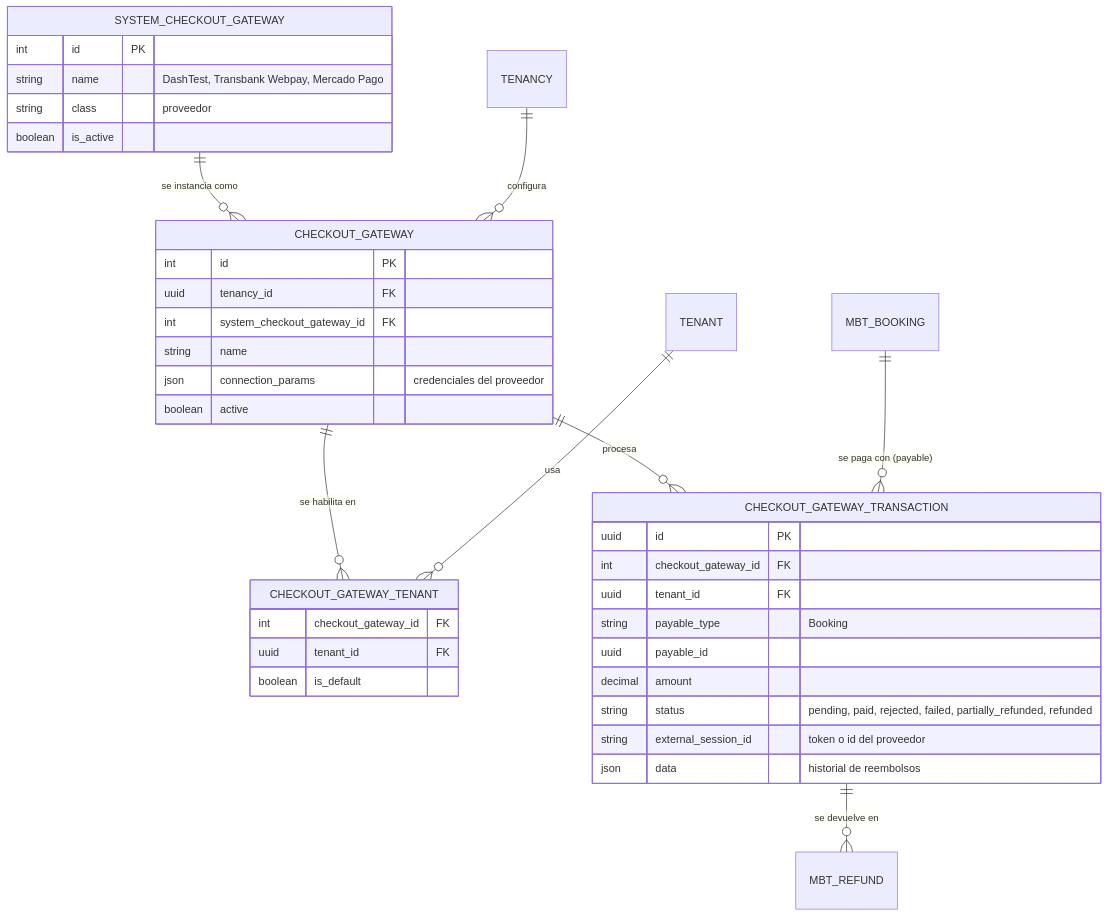
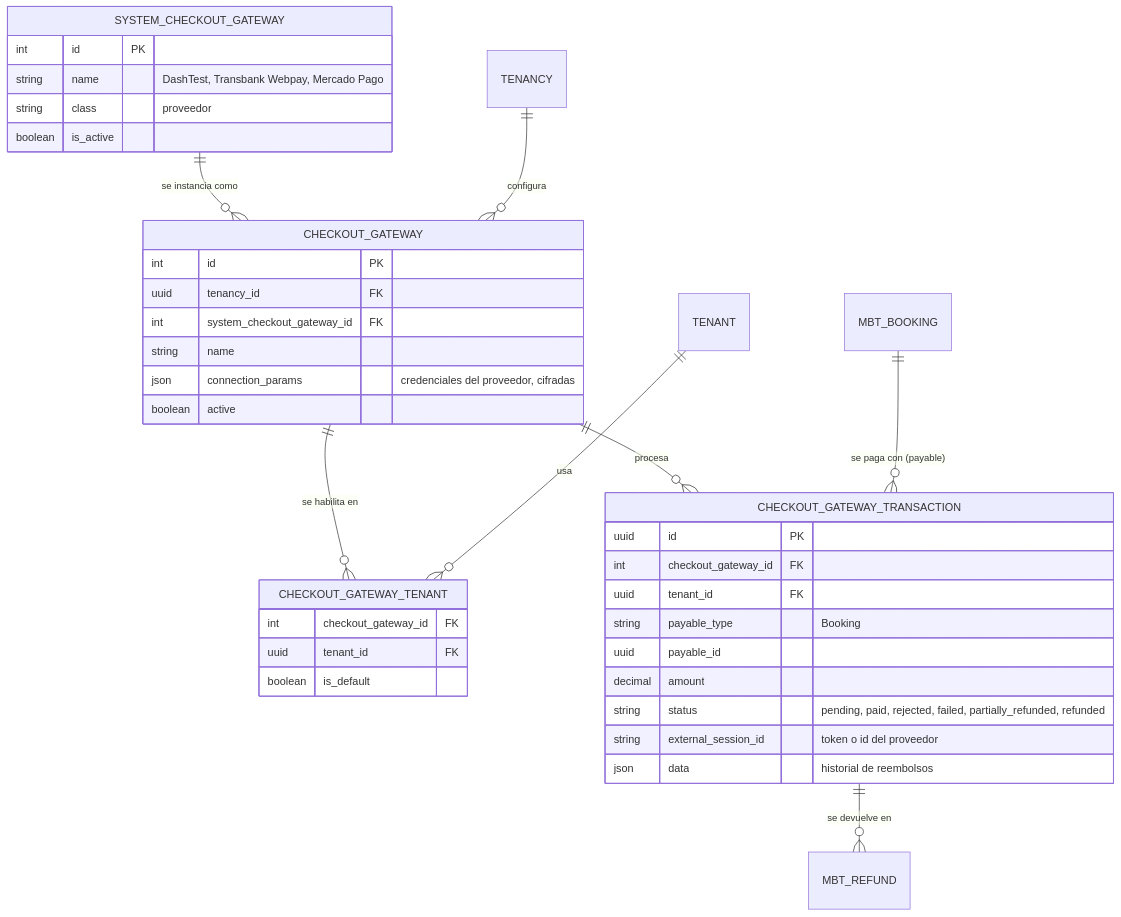
One commit to farandal/mbtickets-docs changed the sixth of 7 diagrams in architecture/ER.md. Above: the diagram before and after it, drawn with Mermaid. The commit also changed 1 other file, not shown here.

Commit message:
ER: gateway credentials are encrypted at rest

````diff
--- a/architecture/ER.md
+++ b/architecture/ER.md
@@ -287,41 +287,41 @@
 ```mermaid
 erDiagram
     SYSTEM_CHECKOUT_GATEWAY ||--o{ CHECKOUT_GATEWAY : "se instancia como"
     TENANCY ||--o{ CHECKOUT_GATEWAY : "configura"
     CHECKOUT_GATEWAY ||--o{ CHECKOUT_GATEWAY_TENANT : "se habilita en"
     TENANT ||--o{ CHECKOUT_GATEWAY_TENANT : "usa"
     CHECKOUT_GATEWAY ||--o{ CHECKOUT_GATEWAY_TRANSACTION : "procesa"
     MBT_BOOKING ||--o{ CHECKOUT_GATEWAY_TRANSACTION : "se paga con (payable)"
     CHECKOUT_GATEWAY_TRANSACTION ||--o{ MBT_REFUND : "se devuelve en"
 
     SYSTEM_CHECKOUT_GATEWAY {
         int id PK
         string name "DashTest, Transbank Webpay, Mercado Pago"
         string class "proveedor"
         boolean is_active
     }
     CHECKOUT_GATEWAY {
         int id PK
         uuid tenancy_id FK
         int system_checkout_gateway_id FK
         string name
-        json connection_params "credenciales del proveedor"
+        json connection_params "credenciales del proveedor, cifradas"
         boolean active
     }
     CHECKOUT_GATEWAY_TENANT {
         int checkout_gateway_id FK
         uuid tenant_id FK
         boolean is_default
     }
     CHECKOUT_GATEWAY_TRANSACTION {
         uuid id PK
         int checkout_gateway_id FK
         uuid tenant_id FK
         string payable_type "Booking"
         uuid payable_id
         decimal amount
         string status "pending, paid, rejected, failed, partially_refunded, refunded"
         string external_session_id "token o id del proveedor"
         json data "historial de reembolsos"
     }
 ```
````
